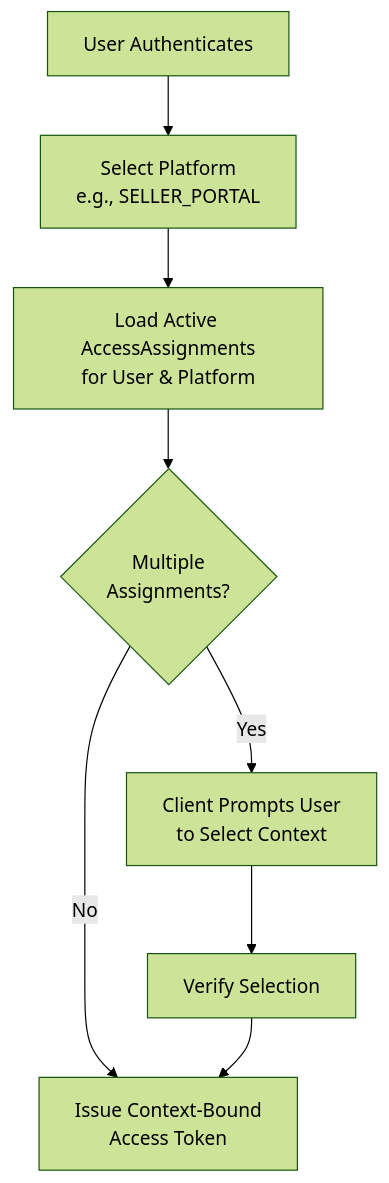
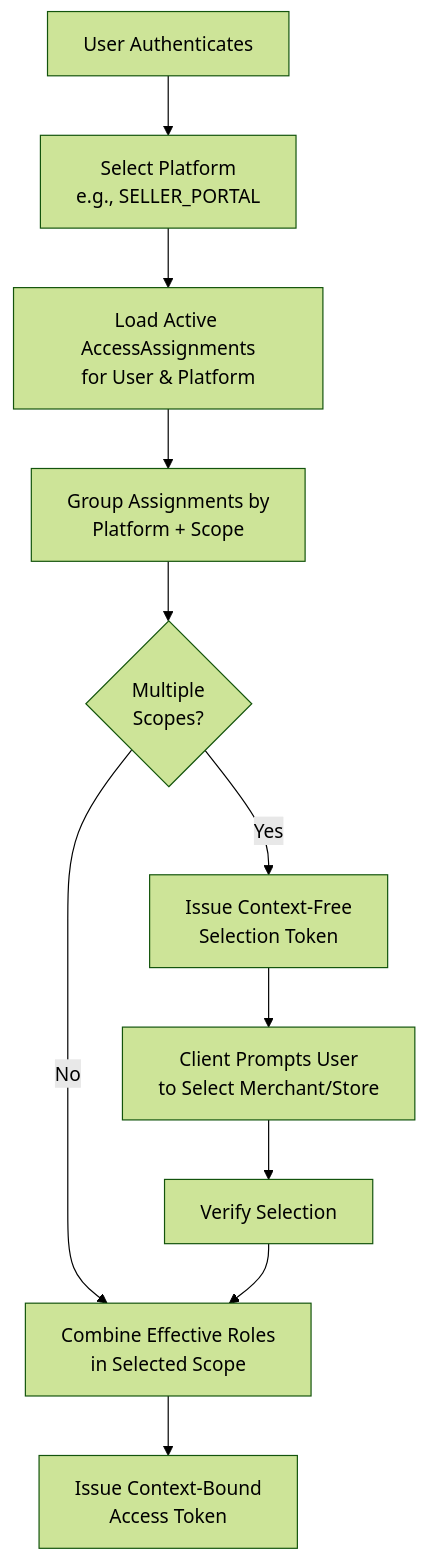
Before and after one commit to khinemyaezin/grab: the third of 3 diagrams in docs/identity/architecture/DGR_003-Platform_scopes_bounded_context_architecture.md, drawn with Mermaid (forest theme). The commit also changed other lines of this file and 17 other files, not shown here.

Commit message:
feat: update identity session management to support role aggregation within scopes and context-free initial login selection

````diff
--- a/docs/identity/architecture/DGR_003-Platform_scopes_bounded_context_architecture.md
+++ b/docs/identity/architecture/DGR_003-Platform_scopes_bounded_context_architecture.md
@@ -205,10 +210,13 @@
 ```mermaid
 flowchart TD
     Login[User Authenticates] --> SelectPlatform[Select Platform<br/>e.g., SELLER_PORTAL]
     SelectPlatform --> LoadAssignments[Load Active AccessAssignments<br/>for User & Platform]
-    LoadAssignments --> CheckMulti{Multiple<br/>Assignments?}
-    CheckMulti -- No --> IssueToken[Issue Context-Bound<br/>Access Token]
-    CheckMulti -- Yes --> ClientSelects[Client Prompts User<br/>to Select Context]
+    LoadAssignments --> GroupScopes[Group Assignments by<br/>Platform + Scope]
+    GroupScopes --> CheckMulti{Multiple<br/>Scopes?}
+    CheckMulti -- No --> CombineRoles[Combine Effective Roles<br/>in Selected Scope]
+    CheckMulti -- Yes --> SelectionToken[Issue Context-Free<br/>Selection Token]
+    SelectionToken --> ClientSelects[Client Prompts User<br/>to Select Merchant/Store]
     ClientSelects --> VerifySelection[Verify Selection]
-    VerifySelection --> IssueToken
+    VerifySelection --> CombineRoles
+    CombineRoles --> IssueToken[Issue Context-Bound<br/>Access Token]
 ```
````
